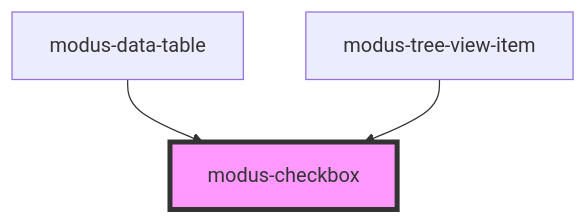
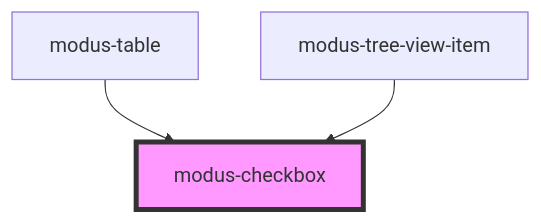
The diagram in stencil-workspace/src/components/modus-checkbox/readme.md (trimble-oss/modus-web-components), drawn with Mermaid before and after one commit. The commit also changed other lines of this file and 25 other files, not shown here.

Commit message:
Added sorting feature to Modus Data Table

````diff
--- a/stencil-workspace/src/components/modus-checkbox/readme.md
+++ b/stencil-workspace/src/components/modus-checkbox/readme.md
@@ -34,6 +34,6 @@
 ```mermaid
 graph TD;
-  modus-data-table --> modus-checkbox
+  modus-table --> modus-checkbox
   modus-tree-view-item --> modus-checkbox
   style modus-checkbox fill:#f9f,stroke:#333,stroke-width:4px
 ```
````
